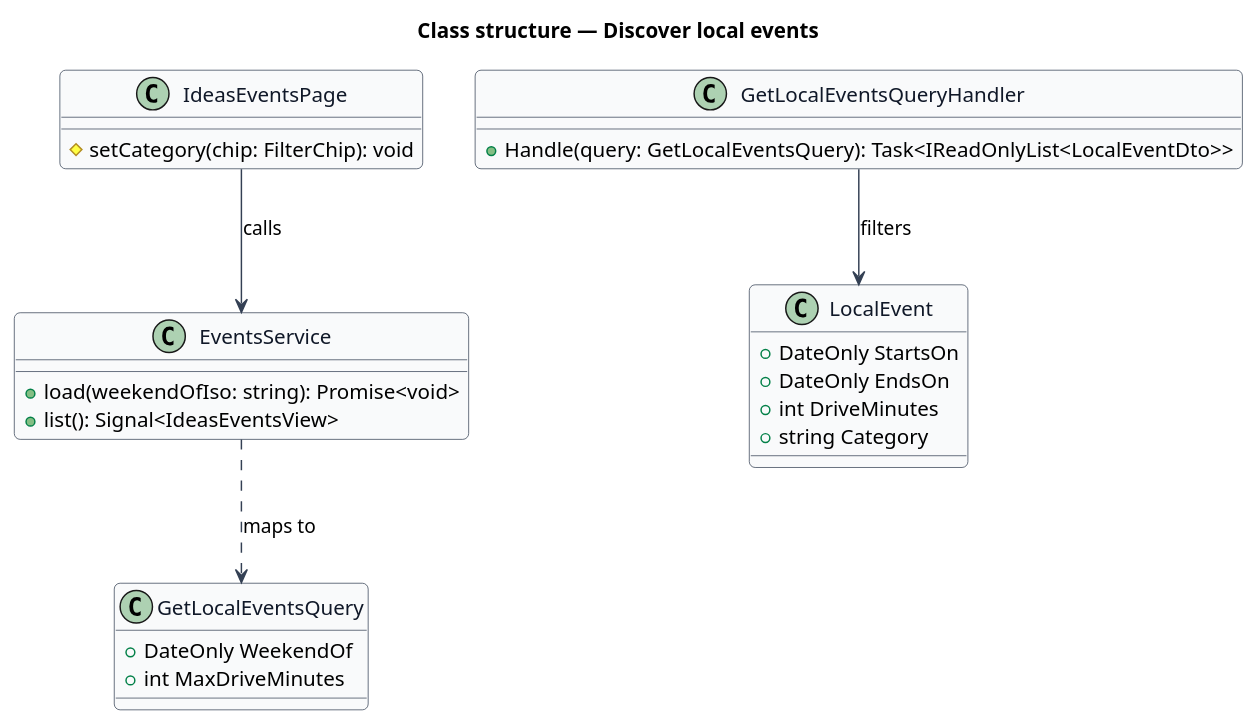
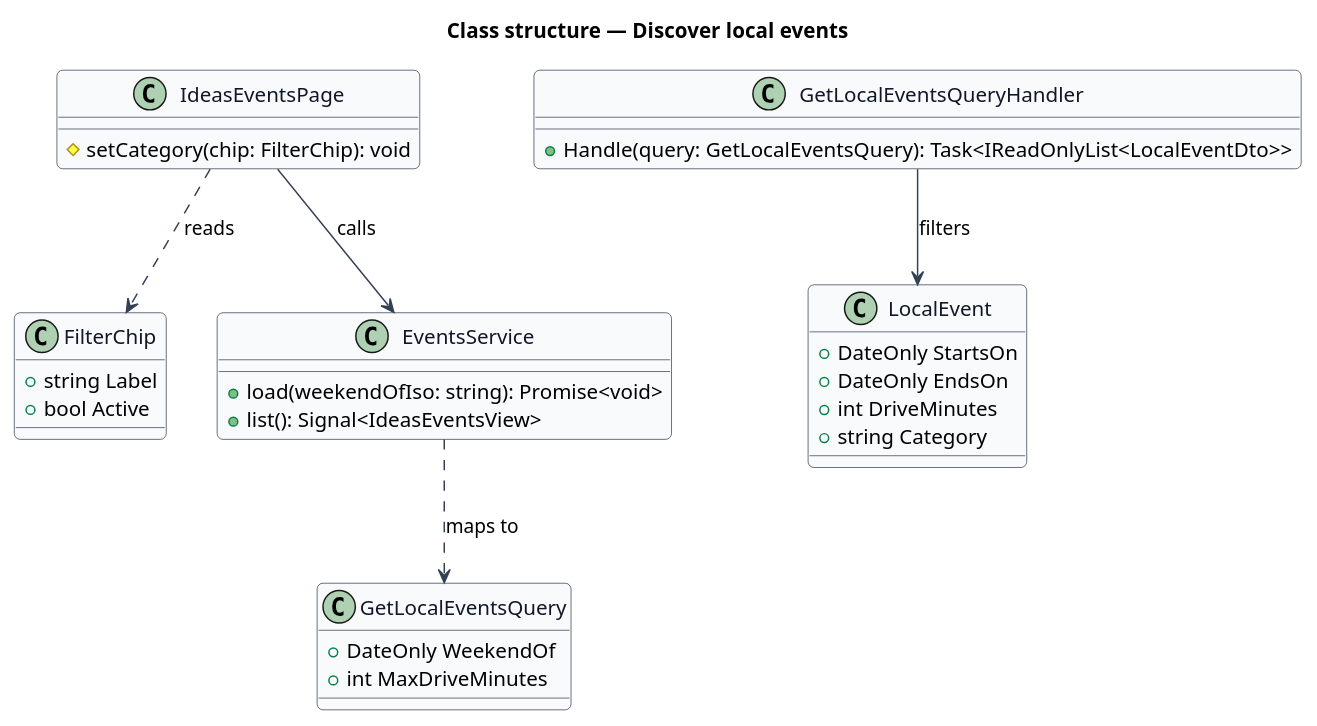
One commit to QuinntyneBrown/saturdaze changed the diagram in docs/detailed-designs/discovery/discover-local-events/diagrams/class-structure.puml. Above: the diagram before and after it, drawn with PlantUML. The commit also changed 2 other files, not shown here.

Commit message:
Tighten related design diagrams

```diff
--- a/docs/detailed-designs/discovery/discover-local-events/diagrams/class-structure.puml
+++ b/docs/detailed-designs/discovery/discover-local-events/diagrams/class-structure.puml
@@ -1,37 +1,42 @@
 @startuml
 skinparam backgroundColor #FFFFFF
 skinparam shadowing false
 skinparam roundcorner 8
 skinparam defaultFontName Arial
 skinparam ArrowColor #344054
 skinparam class {
   BorderColor #344054
   FontColor #101828
   BackgroundColor #F9FAFB
 }
 title Class structure — Discover local events
 
 class IdeasEventsPage {
   #setCategory(chip: FilterChip): void
+}
+class FilterChip {
+  +string Label
+  +bool Active
 }
 class EventsService {
   +load(weekendOfIso: string): Promise<void>
   +list(): Signal<IdeasEventsView>
 }
 class GetLocalEventsQuery {
   +DateOnly WeekendOf
   +int MaxDriveMinutes
 }
 class GetLocalEventsQueryHandler {
   +Handle(query: GetLocalEventsQuery): Task<IReadOnlyList<LocalEventDto>>
 }
 class LocalEvent {
   +DateOnly StartsOn
   +DateOnly EndsOn
   +int DriveMinutes
   +string Category
 }
 IdeasEventsPage --> EventsService : calls
+IdeasEventsPage ..> FilterChip : reads
 EventsService ..> GetLocalEventsQuery : maps to
 GetLocalEventsQueryHandler --> LocalEvent : filters
 @enduml
```
